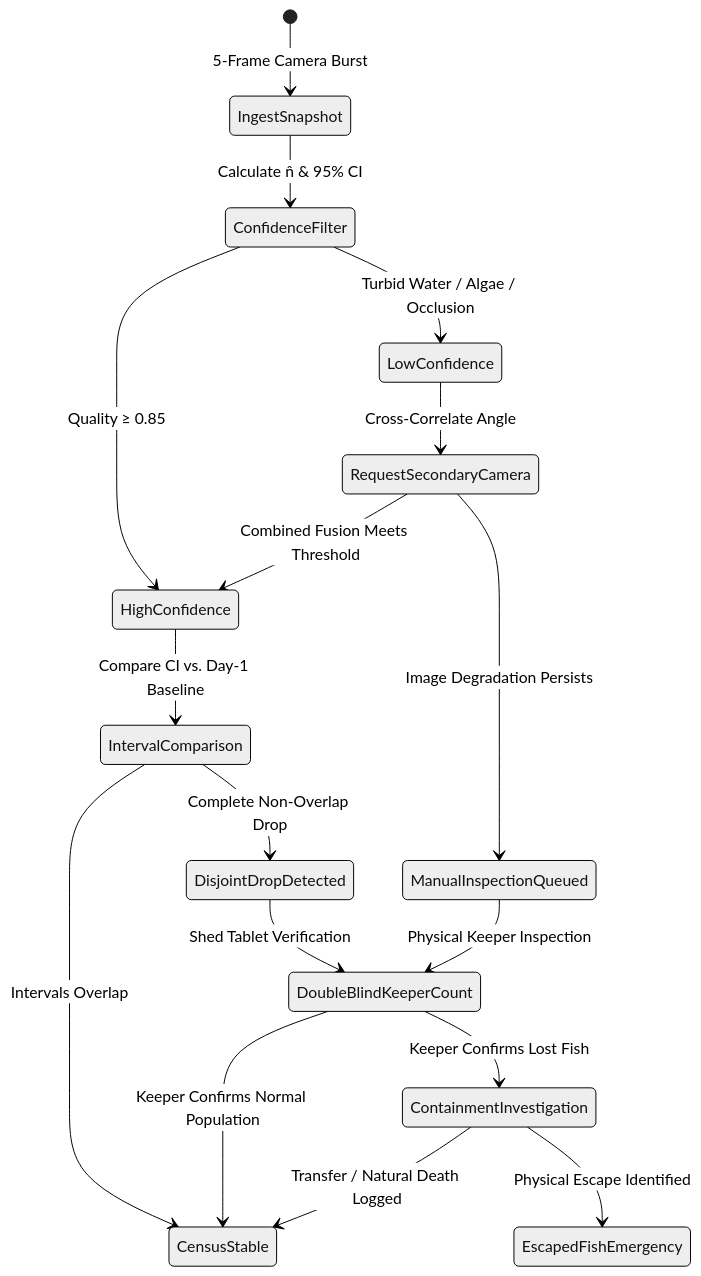
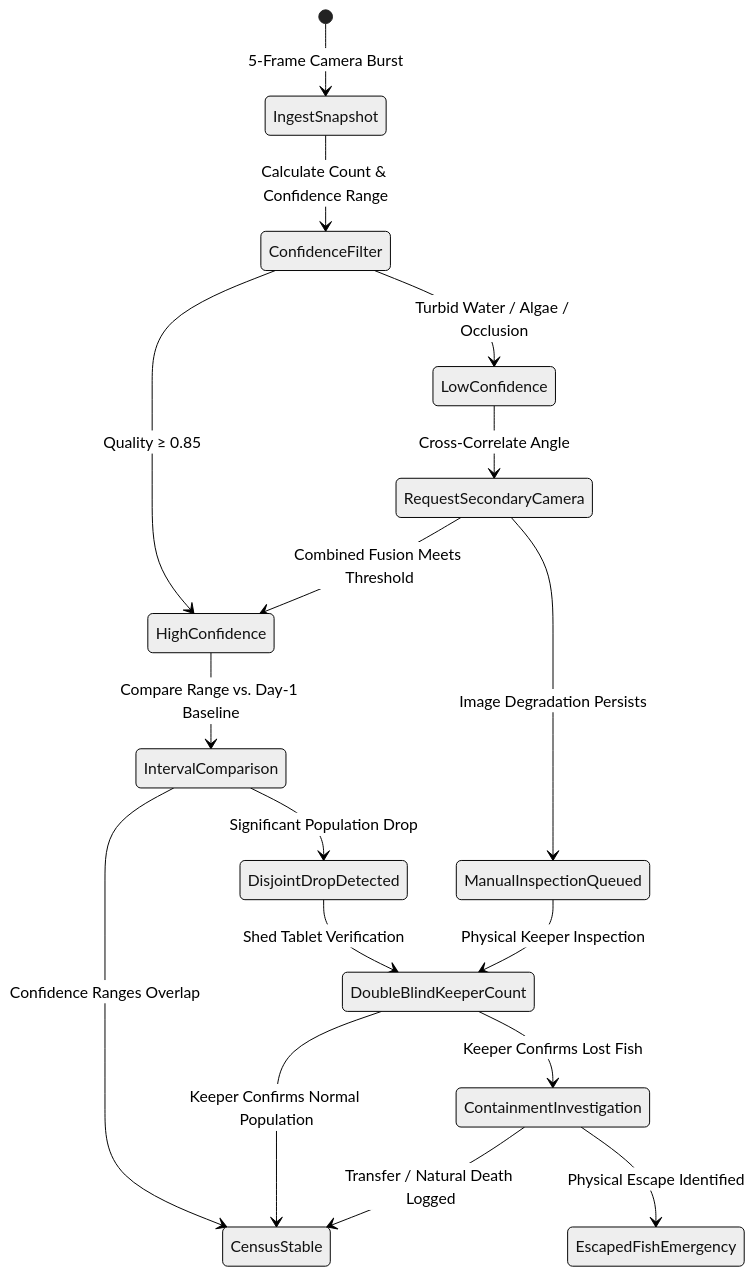
One commit to srihari-sridharan-tw/Titans-Arch-Kata-2026 changed the first of 4 diagrams in docs/domains/living-collection.md. Above: the diagram before and after it, drawn with Mermaid (neutral theme). The commit also changed other lines of this file and 27 other files, not shown here.

````diff
--- a/docs/domains/living-collection.md
+++ b/docs/domains/living-collection.md
@@ -50,26 +61,26 @@
 ```mermaid
 stateDiagram-v2
     [*] --> IngestSnapshot: 5-Frame Camera Burst
-    IngestSnapshot --> ConfidenceFilter: Calculate n̂ & 95% CI
+    IngestSnapshot --> ConfidenceFilter: Calculate Count & Confidence Range
     
     ConfidenceFilter --> HighConfidence: Quality ≥ 0.85
     ConfidenceFilter --> LowConfidence: Turbid Water / Algae / Occlusion
     
     LowConfidence --> RequestSecondaryCamera: Cross-Correlate Angle
     RequestSecondaryCamera --> HighConfidence: Combined Fusion Meets Threshold
     RequestSecondaryCamera --> ManualInspectionQueued: Image Degradation Persists
     
-    HighConfidence --> IntervalComparison: Compare CI vs. Day-1 Baseline
+    HighConfidence --> IntervalComparison: Compare Range vs. Day-1 Baseline
     
-    IntervalComparison --> CensusStable: Intervals Overlap
-    IntervalComparison --> DisjointDropDetected: Complete Non-Overlap Drop
+    IntervalComparison --> CensusStable: Confidence Ranges Overlap
+    IntervalComparison --> DisjointDropDetected: Significant Population Drop
     
     DisjointDropDetected --> DoubleBlindKeeperCount: Shed Tablet Verification
     ManualInspectionQueued --> DoubleBlindKeeperCount: Physical Keeper Inspection
     
     DoubleBlindKeeperCount --> CensusStable: Keeper Confirms Normal Population
     DoubleBlindKeeperCount --> ContainmentInvestigation: Keeper Confirms Lost Fish
     
     ContainmentInvestigation --> CensusStable: Transfer / Natural Death Logged
     ContainmentInvestigation --> EscapedFishEmergency: Physical Escape Identified
 ```
````
